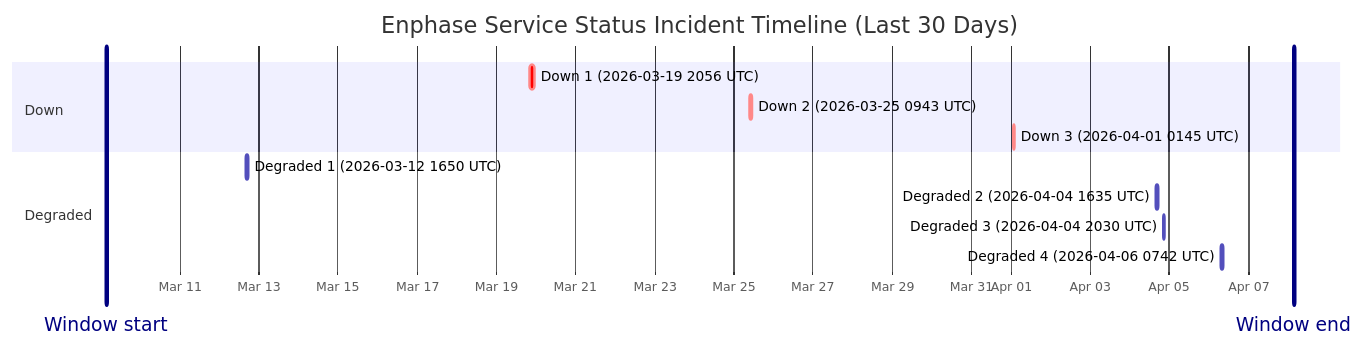
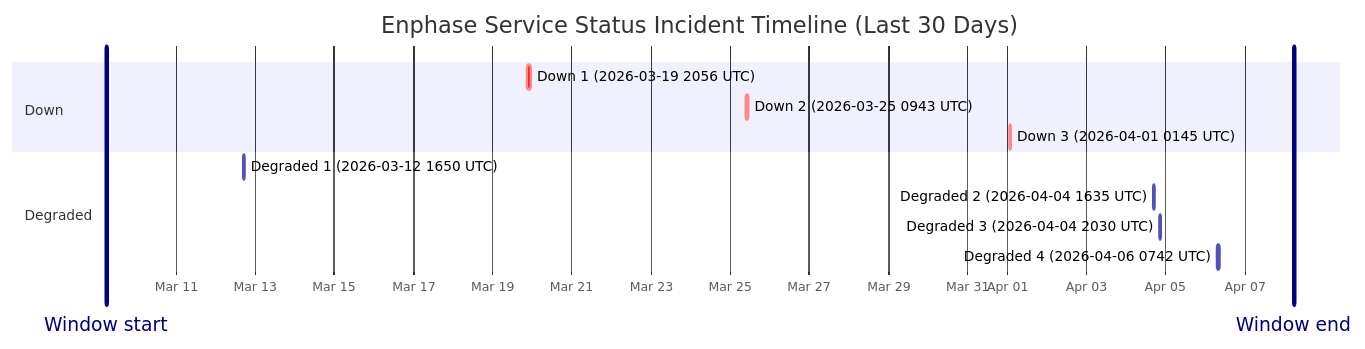
The diagram in wiki/Service-Status-History.md (barneyonline/ha-enphase-ev-charger), drawn with Mermaid before and after one commit. The commit also changed other lines of this file and 3 other files, not shown here.

````diff
--- a/wiki/Service-Status-History.md
+++ b/wiki/Service-Status-History.md
@@ -14,17 +14,17 @@
 ```mermaid
 gantt
     title Enphase Service Status Incident Timeline (Last 30 Days)
     dateFormat  YYYY-MM-DDTHH:mm:ss
     axisFormat  %b %d
-    Window start :vert, window-start, 2026-03-09T03:38:52, 0ms
-    Window end :vert, window-end, 2026-04-08T03:38:52, 0ms
+    Window start :vert, window-start, 2026-03-09T05:46:40, 0ms
+    Window end :vert, window-end, 2026-04-08T05:46:40, 0ms
     section Down
     Down 1 (2026-03-19 2056 UTC) :crit, down-1, 2026-03-19T20:56:20, 145m
     Down 2 (2026-03-25 0943 UTC) :crit, down-2, 2026-03-25T09:43:28, 111m
     Down 3 (2026-04-01 0145 UTC) :crit, down-3, 2026-04-01T01:45:09, 60m
     section Degraded
     Degraded 1 (2026-03-12 1650 UTC) :active, degraded-1, 2026-03-12T16:50:43, 60m
     Degraded 2 (2026-04-04 1635 UTC) :active, degraded-2, 2026-04-04T16:35:17, 60m
     Degraded 3 (2026-04-04 2030 UTC) :active, degraded-3, 2026-04-04T20:30:40, 60m
     Degraded 4 (2026-04-06 0742 UTC) :active, degraded-4, 2026-04-06T07:42:09, 85m
 ```
````
